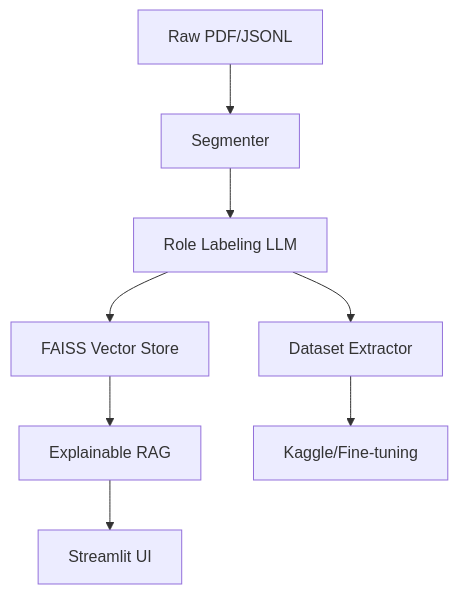
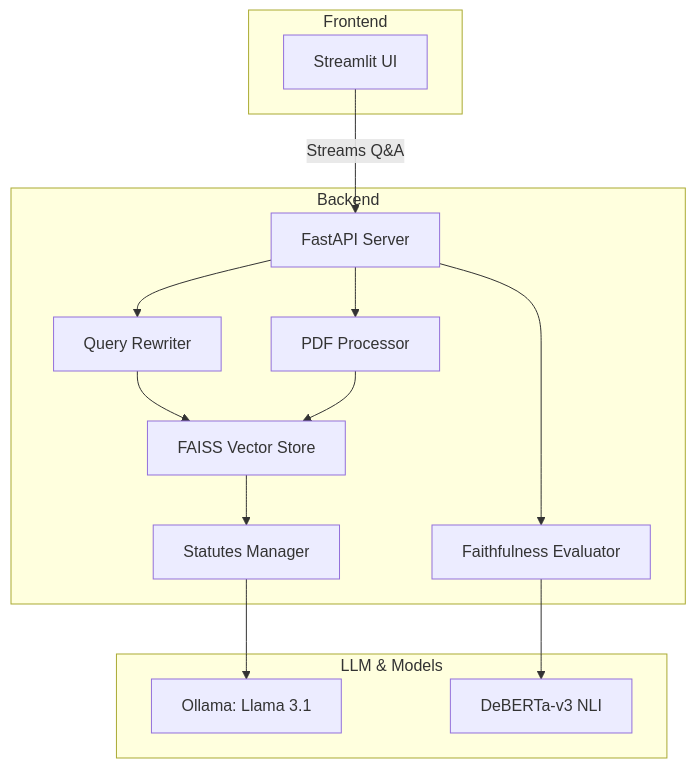
One commit to gunjitnegi/JUDGE_XAI changed the diagram in README.md. Above: the diagram before and after it, drawn with Mermaid. The commit also changed other lines of this file and 29 other files, not shown here.

````diff
--- a/README.md
+++ b/README.md
@@ -37,10 +37,30 @@
 ```mermaid
 graph TD
-    A[Raw PDF/JSONL] --> B[Segmenter]
-    B --> C[Role Labeling LLM]
-    C --> D[FAISS Vector Store]
-    D --> E[Explainable RAG]
-    E --> F[Streamlit UI]
-    C --> G[Dataset Extractor]
-    G --> H[Kaggle/Fine-tuning]
+    subgraph Frontend
+        F[Streamlit UI]
+    end
+    
+    subgraph Backend
+        API[FastAPI Server]
+        B[PDF Processor]
+        C[Query Rewriter]
+        D[FAISS Vector Store]
+        E[Faithfulness Evaluator]
+        H[Statutes Manager]
+    end
+    
+    subgraph LLM & Models
+        O[Ollama: Llama 3.1]
+        X[DeBERTa-v3 NLI]
+    end
+
+    F -- Streams Q&A --> API
+    API --> C
+    C --> D
+    API --> B
+    API --> E
+    E --> X
+    B --> D
+    D --> H
+    H --> O
 ```
````
